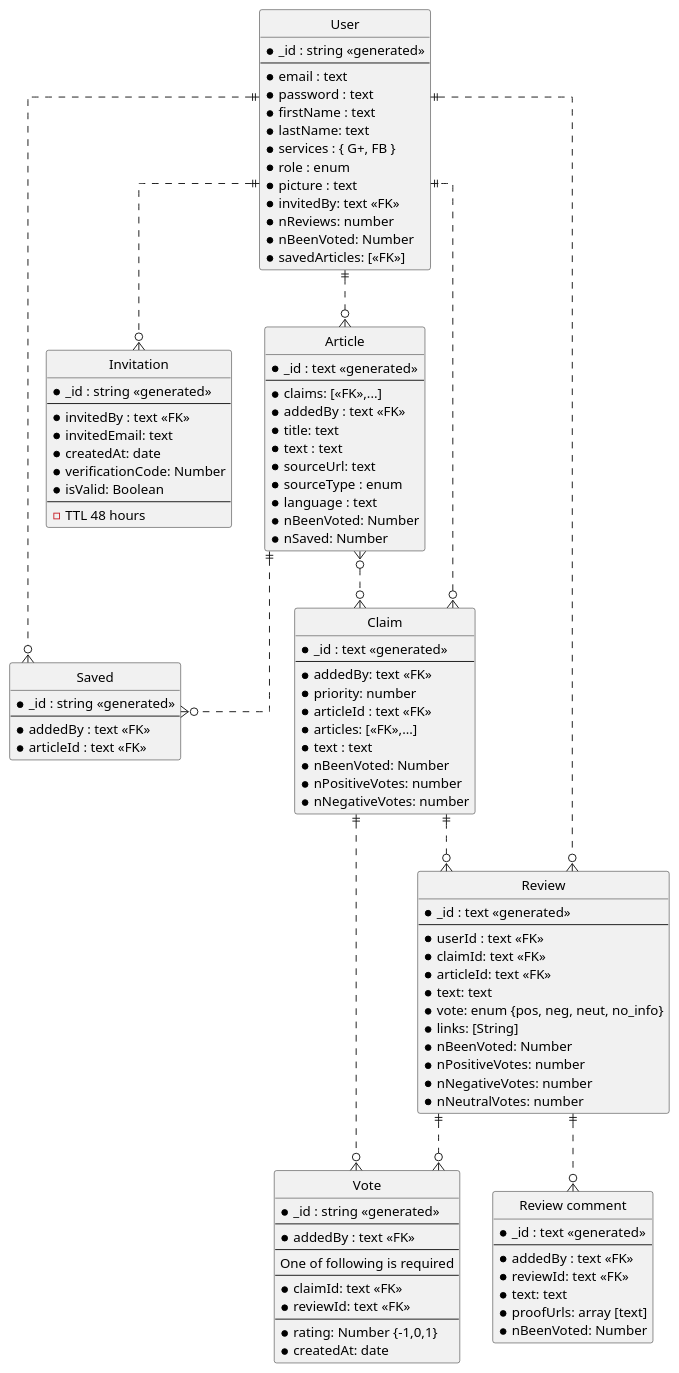
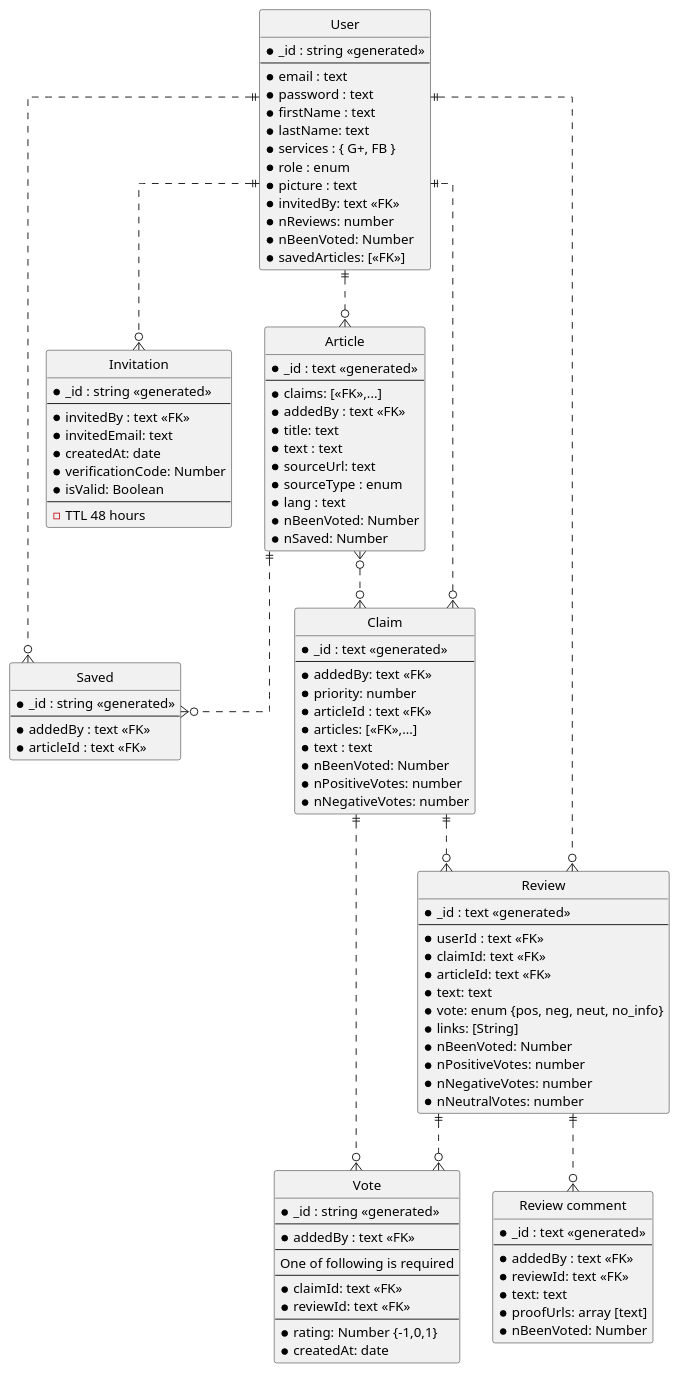
Before and after one commit to aic-factcheck/fact_checking_be: the diagram in sys_docs/entity_relations.puml, drawn with PlantUML. The commit also changed 11 other files, not shown here.

Commit message:
change reserved language field to lang

```diff
--- a/sys_docs/entity_relations.puml
+++ b/sys_docs/entity_relations.puml
@@ -1,125 +1,125 @@
 @startuml Entity relations
 ' hide the spot
 hide circle
 
 ' avoid problems with angled crows feet
 skinparam linetype ortho
 
 entity "User" as user {
   *_id : string <<generated>>
   --
   *email : text
   *password : text
   *firstName : text
   *lastName: text
   *services : { G+, FB }
   *role : enum
   *picture : text
   *invitedBy: text <<FK>>
   *nReviews: number
   *nBeenVoted: Number
   *savedArticles: [<<FK>>]
 }
 
 entity "Saved" as saved {
   *_id : string <<generated>>
   --
   *addedBy : text <<FK>>
   *articleId : text <<FK>>
 }
 
 entity "Invitation" as inv {
   *_id : string <<generated>>
   --
   *invitedBy : text <<FK>>
   *invitedEmail: text
   *createdAt: date
   *verificationCode: Number
   *isValid: Boolean
   --
   - TTL 48 hours
 }
 
 entity "Vote" as vote {
   *_id : string <<generated>>
   --
   *addedBy : text <<FK>>
   --
   One of following is required
   --
   ' *userId: text <<FK>>
   ' *articleId: text <<FK>>
   *claimId: text <<FK>>
   *reviewId: text <<FK>>
   --
   ' *text: Text
   *rating: Number {-1,0,1}
   *createdAt: date
 }
 
 entity "Article" as article {
   *_id : text <<generated>>
   --
   *claims: [<<FK>>,...]
   *addedBy : text <<FK>>
   *title: text
   *text : text
   *sourceUrl: text
   *sourceType : enum
-  *language : text
+  *lang : text
   *nBeenVoted: Number
   *nSaved: Number
 }
 
 entity "Claim" as claim {
   *_id : text <<generated>>
   --
   *addedBy: text <<FK>>
   *priority: number
   *articleId : text <<FK>>
   *articles: [<<FK>>,...]
   *text : text
   *nBeenVoted: Number
   *nPositiveVotes: number
   *nNegativeVotes: number
 }
 
 entity "Review" as review {
   *_id : text <<generated>>
   --
   *userId : text <<FK>>
   *claimId: text <<FK>>
   *articleId: text <<FK>>
   *text: text
   *vote: enum {pos, neg, neut, no_info}
   *links: [String]
   *nBeenVoted: Number
   *nPositiveVotes: number
   *nNegativeVotes: number
   *nNeutralVotes: number
 }
 
 entity "Review comment" as reviewComment {
   *_id : text <<generated>>
   --
   *addedBy : text <<FK>>
   *reviewId: text <<FK>>
   *text: text
   *proofUrls: array [text] 
   *nBeenVoted: Number
 }
 
 user ||..o{ article
 user ||..o{ inv
 user ||..o{ saved
 article }o..o{ claim
 article ||..o{ saved
 ' article ||..o{ vote
 user ||..o{ review
 ' user ||..o{ vote
 claim ||..o{ review
 claim }o..|| user
 claim ||..o{ vote
 review ||..o{ reviewComment
 review ||..o{ vote
 @enduml
```
